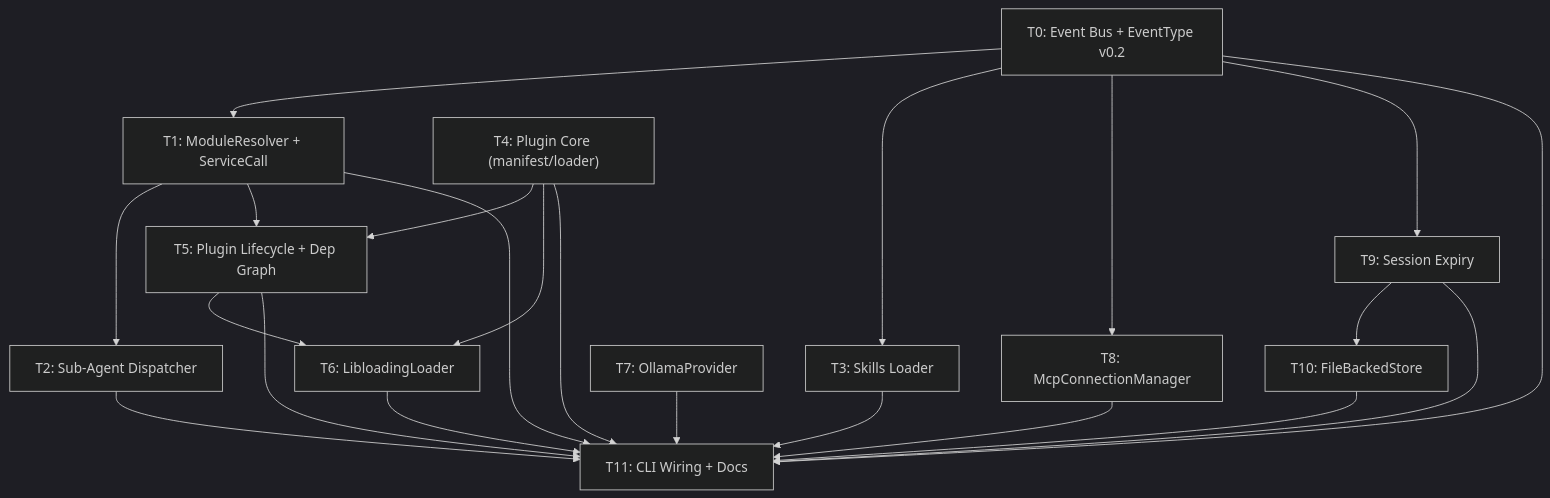
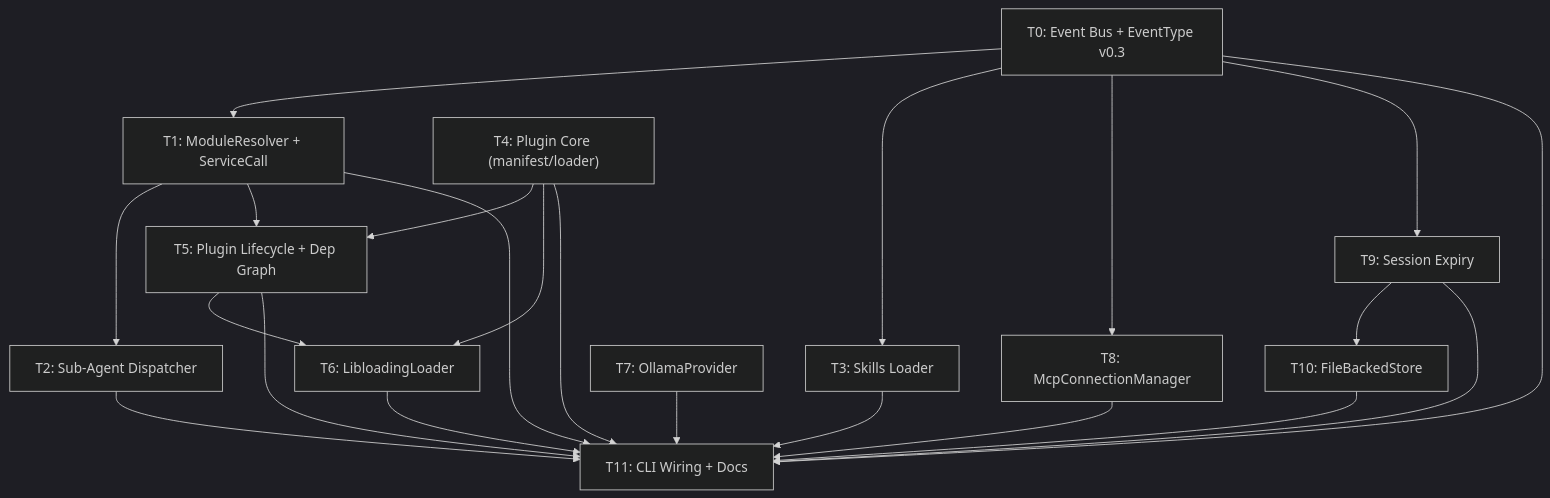
One commit to JeillZhang/agentj changed the diagram in docs/superpowers/plans/2026-08-09-agentj-v0.2-plan.md. Above: the diagram before and after it, drawn with Mermaid (dark theme). The commit also changed other lines of this file and 8 other files, not shown here.

````diff
--- a/docs/superpowers/plans/2026-08-09-agentj-v0.2-plan.md
+++ b/docs/superpowers/plans/2026-08-09-agentj-v0.2-plan.md
@@ -2575,24 +2584,24 @@
 ```mermaid
 graph TD
-    T0["T0: Event Bus + EventType v0.2"] --> T1["T1: ModuleResolver + ServiceCall"]
+    T0["T0: Event Bus + EventType v0.3"] --> T1["T1: ModuleResolver + ServiceCall"]
     T0 --> T3["T3: Skills Loader"]
     T0 --> T8["T8: McpConnectionManager"]
     T0 --> T9["T9: Session Expiry"]
     T1 --> T2["T2: Sub-Agent Dispatcher"]
     T4["T4: Plugin Core (manifest/loader)"] --> T5["T5: Plugin Lifecycle + Dep Graph"]
     T1 --> T5
     T4 --> T6["T6: LibloadingLoader"]
     T5 --> T6
     T9 --> T10["T10: FileBackedStore"]
     T0 --> T11["T11: CLI Wiring + Docs"]
     T1 --> T11
     T2 --> T11
     T3 --> T11
     T4 --> T11
     T5 --> T11
     T6 --> T11
     T7["T7: OllamaProvider"] --> T11
     T8 --> T11
     T9 --> T11
     T10 --> T11
 ```
````
